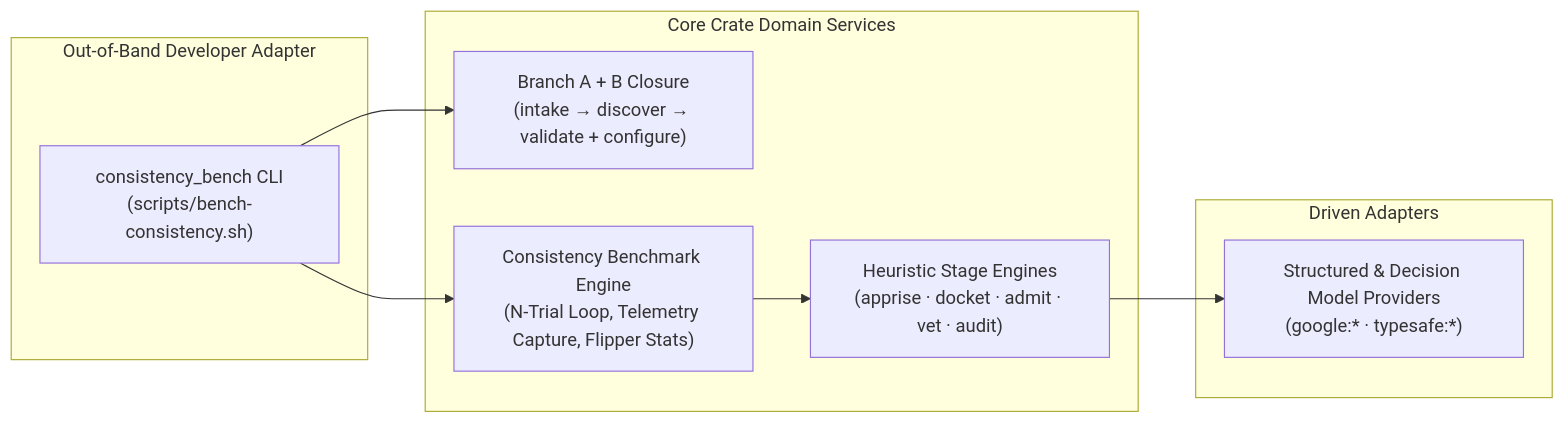
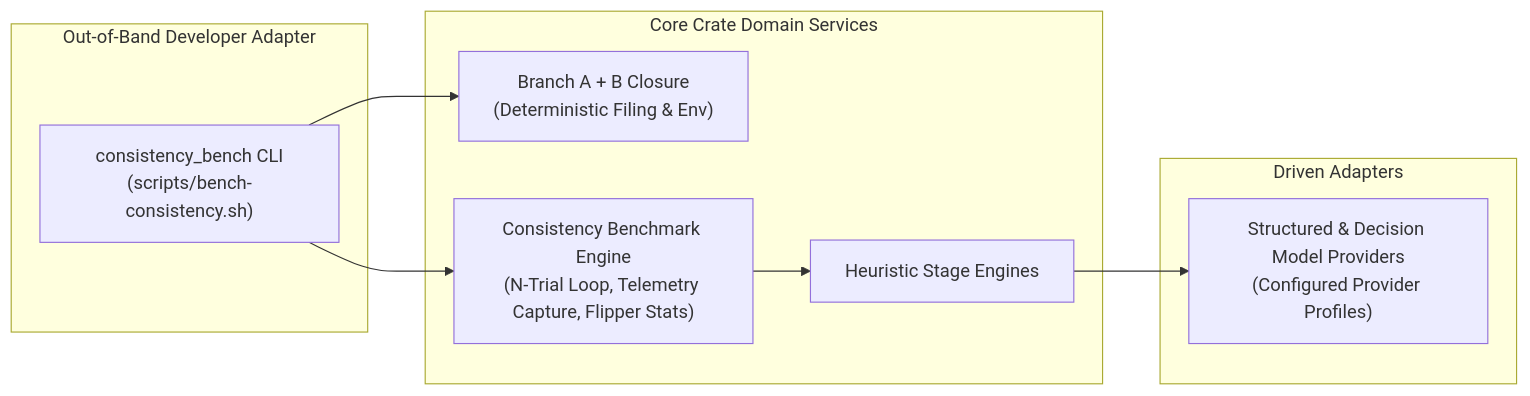
Before and after one commit to PAIR-code/canon-clerk: the first of 2 diagrams in docs/architecture/benchmarking.md, drawn with Mermaid. The commit also changed other lines of this file and 20 other files, not shown here.

````diff
--- a/docs/architecture/benchmarking.md
+++ b/docs/architecture/benchmarking.md
@@ -36,21 +36,21 @@
 ```mermaid
 flowchart LR
     subgraph DevAdapter ["Out-of-Band Developer Adapter"]
         Runner["consistency_bench CLI<br/>(scripts/bench-consistency.sh)"]
     end
 
     subgraph HexagonCore ["Core Crate Domain Services"]
-        Upstream["Branch A + B Closure<br/>(intake → discover → validate + configure)"]
+        Upstream["Branch A + B Closure<br/>(Deterministic Filing & Env)"]
         Bench["Consistency Benchmark Engine<br/>(N-Trial Loop, Telemetry Capture, Flipper Stats)"]
-        Stages["Heuristic Stage Engines<br/>(apprise · docket · admit · vet · audit)"]
+        Stages["Heuristic Stage Engines"]
     end
 
     subgraph DrivenPort ["Driven Adapters"]
-        Provider["Structured & Decision Model Providers<br/>(google:* · typesafe:*)"]
+        Provider["Structured & Decision Model Providers<br/>(Configured Provider Profiles)"]
     end
 
     Runner --> Upstream
     Runner --> Bench
     Bench --> Stages
     Stages --> Provider
 ```
````
